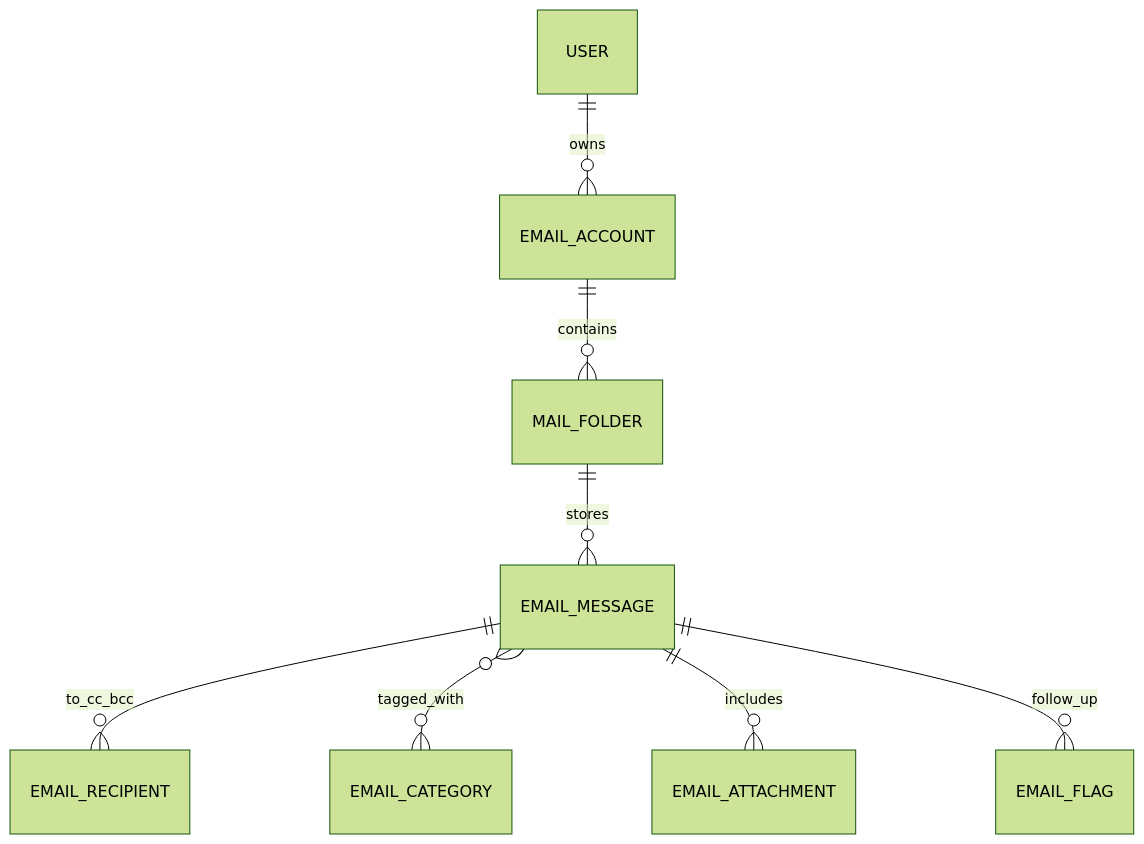
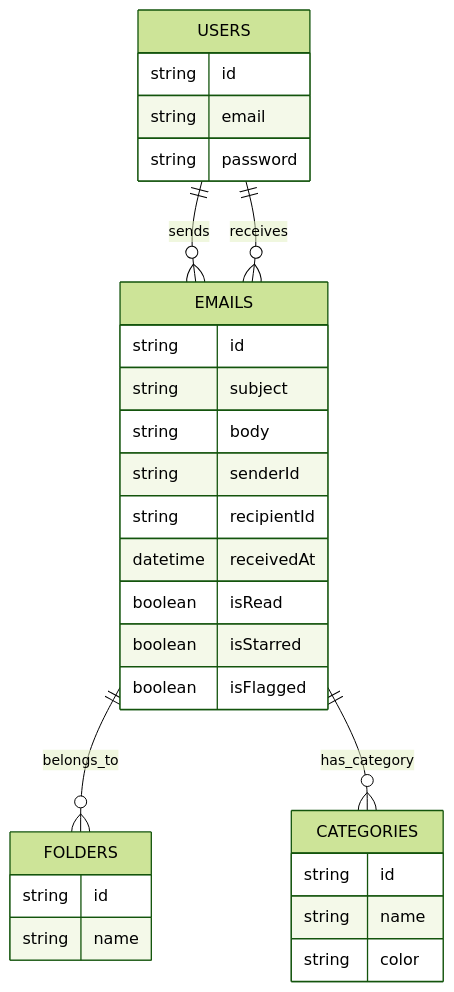
Before and after one commit to Harshita-capsitech/EmailDocs: the second of 2 diagrams in Emails/Providers/Outlook/Folders/sent.md, drawn with Mermaid (forest theme). The commit also changed other lines of this file, not shown here.

````diff
--- a/Emails/Providers/Outlook/Folders/sent.md
+++ b/Emails/Providers/Outlook/Folders/sent.md
@@ -173,10 +85,32 @@
 ```mermaid
 erDiagram
-  USER ||--o{ EMAIL_ACCOUNT : owns
-  EMAIL_ACCOUNT ||--o{ MAIL_FOLDER : contains
-  MAIL_FOLDER ||--o{ EMAIL_MESSAGE : stores
-  EMAIL_MESSAGE ||--o{ EMAIL_RECIPIENT : to_cc_bcc
-  EMAIL_MESSAGE }o--o{ EMAIL_CATEGORY : tagged_with
-  EMAIL_MESSAGE ||--o{ EMAIL_ATTACHMENT : includes
-  EMAIL_MESSAGE ||--o{ EMAIL_FLAG : follow_up
+    USERS {
+        string id
+        string email
+        string password
+    }
+    EMAILS {
+        string id
+        string subject
+        string body
+        string senderId
+        string recipientId
+        datetime receivedAt
+        boolean isRead
+        boolean isStarred
+        boolean isFlagged
+    }
+    FOLDERS {
+        string id
+        string name
+    }
+    CATEGORIES {
+        string id
+        string name
+        string color
+    }
+    USERS ||--o{ EMAILS: "sends"
+    USERS ||--o{ EMAILS: "receives"
+    EMAILS ||--o{ FOLDERS: "belongs_to"
+    EMAILS ||--o{ CATEGORIES: "has_category"
 ```
````
